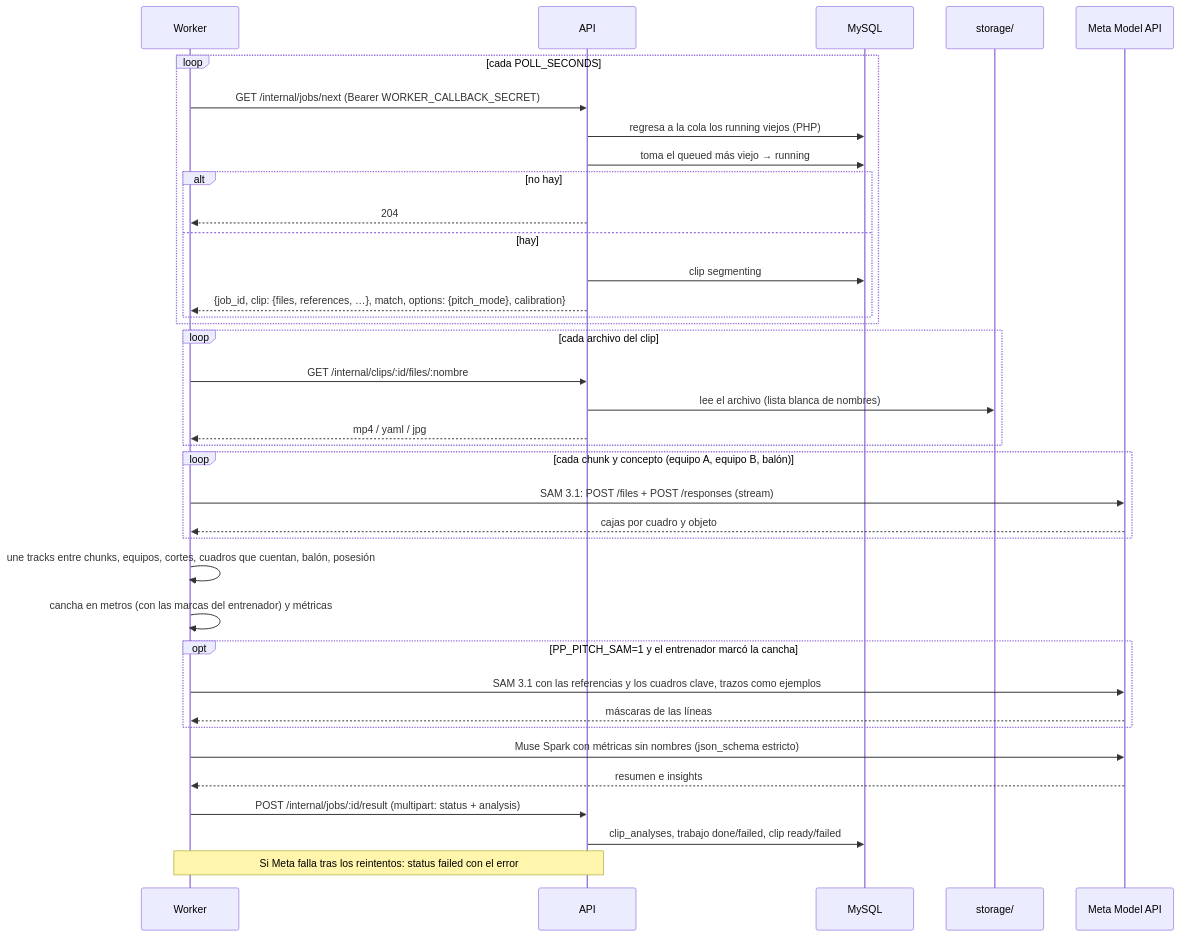
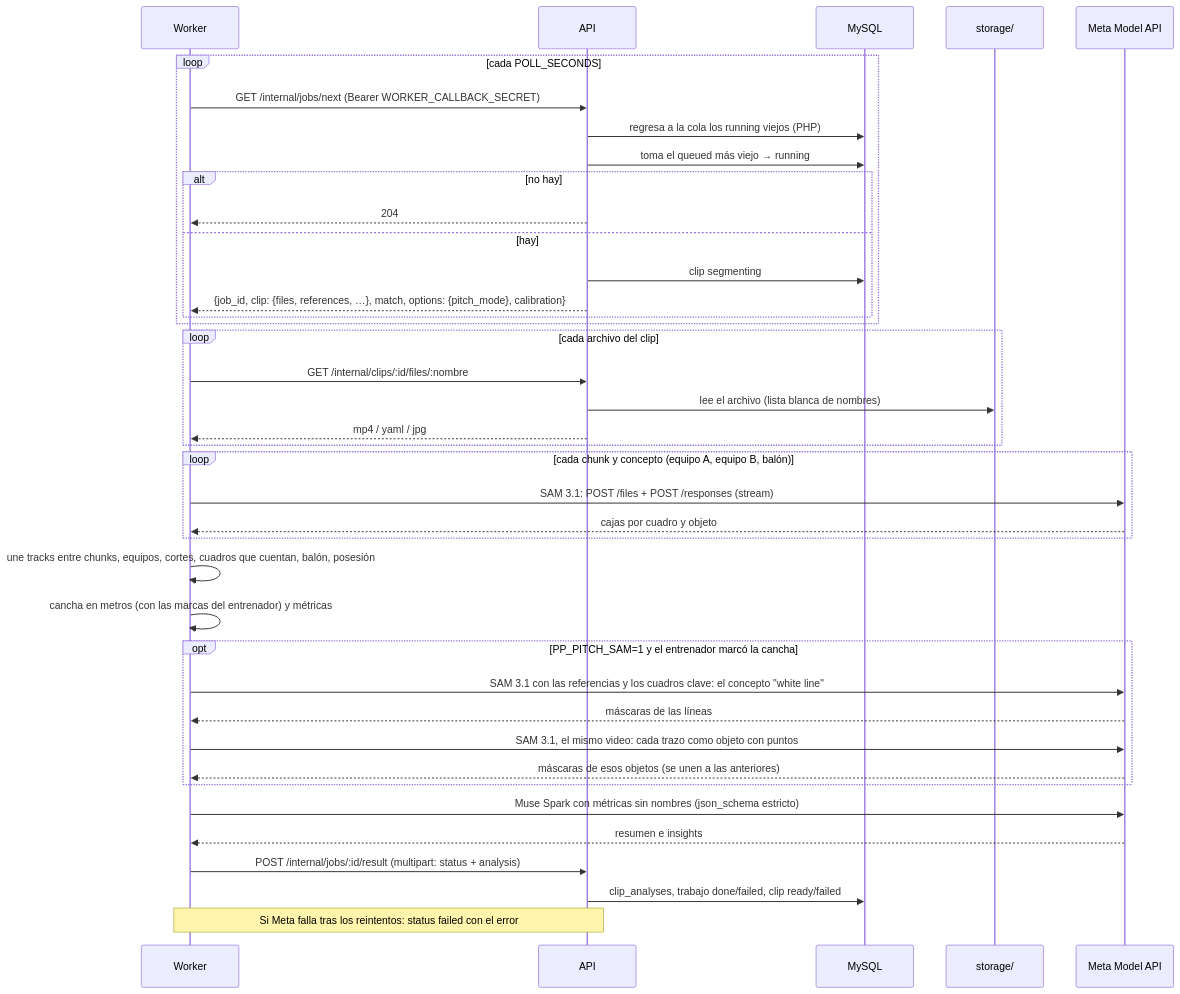
The sixth of 7 diagrams in docs/arquitectura/04-flujos.md (pepemxl/meta-ai-hackathon-2026), drawn with Mermaid before and after one commit. The commit also changed other lines of this file and 7 other files, not shown here.

First line of the commit message:
Manda a SAM los trazos como objetos con puntos, aparte del concepto

````diff
--- a/docs/arquitectura/04-flujos.md
+++ b/docs/arquitectura/04-flujos.md
@@ -205,40 +205,42 @@
 ```mermaid
 sequenceDiagram
     participant W as Worker
     participant API as API
     participant DB as MySQL
     participant FS as storage/
     participant M as Meta Model API
 
     loop cada POLL_SECONDS
         W->>API: GET /internal/jobs/next (Bearer WORKER_CALLBACK_SECRET)
         API->>DB: regresa a la cola los running viejos (PHP)
         API->>DB: toma el queued más viejo → running
         alt no hay
             API-->>W: 204
         else hay
             API->>DB: clip segmenting
             API-->>W: {job_id, clip: {files, references, …}, match, options: {pitch_mode}, calibration}
         end
     end
     loop cada archivo del clip
         W->>API: GET /internal/clips/:id/files/:nombre
         API->>FS: lee el archivo (lista blanca de nombres)
         API-->>W: mp4 / yaml / jpg
     end
     loop cada chunk y concepto (equipo A, equipo B, balón)
         W->>M: SAM 3.1: POST /files + POST /responses (stream)
         M-->>W: cajas por cuadro y objeto
     end
     W->>W: une tracks entre chunks, equipos, cortes, cuadros que cuentan, balón, posesión
     W->>W: cancha en metros (con las marcas del entrenador) y métricas
     opt PP_PITCH_SAM=1 y el entrenador marcó la cancha
-        W->>M: SAM 3.1 con las referencias y los cuadros clave, trazos como ejemplos
+        W->>M: SAM 3.1 con las referencias y los cuadros clave: el concepto "white line"
         M-->>W: máscaras de las líneas
+        W->>M: SAM 3.1, el mismo video: cada trazo como objeto con puntos
+        M-->>W: máscaras de esos objetos (se unen a las anteriores)
     end
     W->>M: Muse Spark con métricas sin nombres (json_schema estricto)
     M-->>W: resumen e insights
     W->>API: POST /internal/jobs/:id/result (multipart: status + analysis)
     API->>DB: clip_analyses, trabajo done/failed, clip ready/failed
     Note over W,API: Si Meta falla tras los reintentos: status failed con el error
 ```
````
